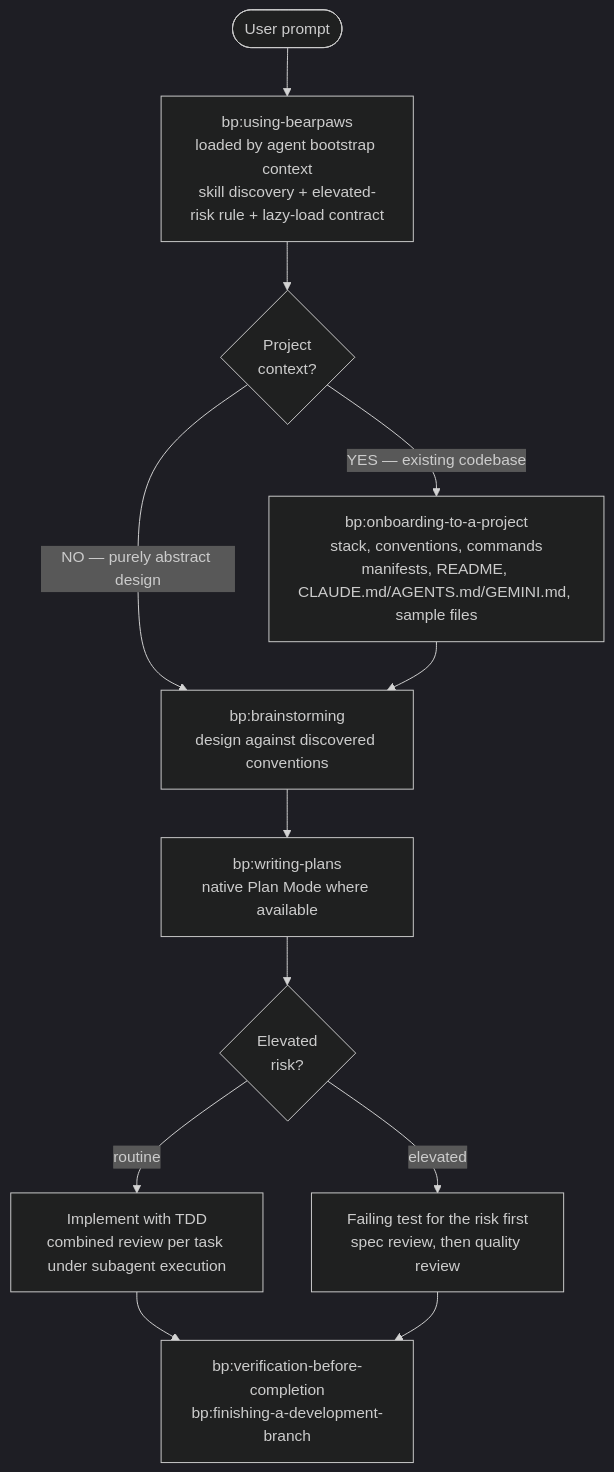
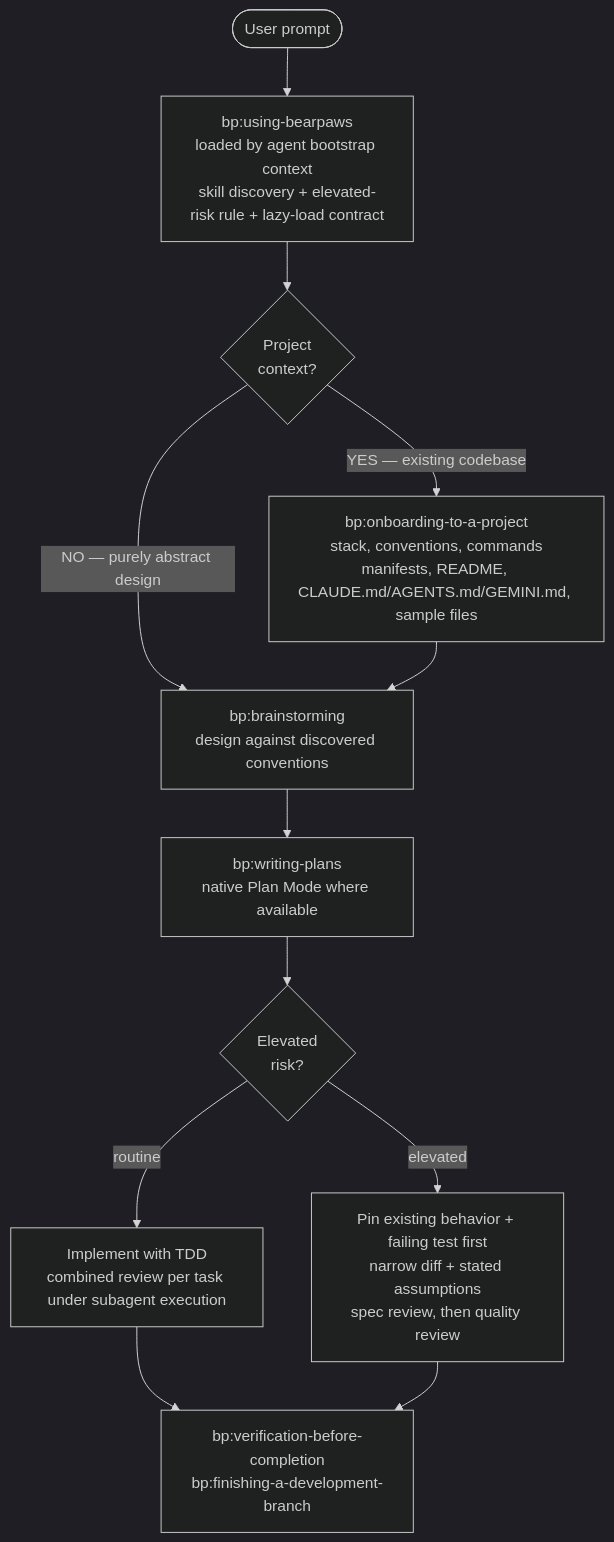
One commit to brandonfla/bearpaws changed the diagram in README.md. Above: the diagram before and after it, drawn with Mermaid (dark theme). The commit also changed other lines of this file and 8 other files, not shown here.

First line of the commit message:
feat(risk): pin existing behavior, narrow diffs, and stated assumptions for elevated-risk work

````diff
--- a/README.md
+++ b/README.md
@@ -130,14 +135,14 @@
 ```mermaid
 flowchart TD
     Start([User prompt]) --> Bootstrap[bp:using-bearpaws<br/>loaded by agent bootstrap context<br/>skill discovery + elevated-risk rule + lazy-load contract]
     Bootstrap --> Check{Project<br/>context?}
     Check -->|YES &mdash; existing codebase| Onboard[bp:onboarding-to-a-project<br/>stack, conventions, commands<br/>manifests, README, CLAUDE.md/AGENTS.md/GEMINI.md, sample files]
     Check -->|NO &mdash; purely abstract design| Brainstorm
     Onboard --> Brainstorm[bp:brainstorming<br/>design against discovered conventions]
     Brainstorm --> Plan[bp:writing-plans<br/>native Plan Mode where available]
     Plan --> Risk{Elevated<br/>risk?}
     Risk -->|routine| Light[Implement with TDD<br/>combined review per task under subagent execution]
-    Risk -->|elevated| Strong[Failing test for the risk first<br/>spec review, then quality review]
+    Risk -->|elevated| Strong[Pin existing behavior + failing test first<br/>narrow diff + stated assumptions<br/>spec review, then quality review]
     Light --> Verify[bp:verification-before-completion<br/>bp:finishing-a-development-branch]
     Strong --> Verify
 ```
````
